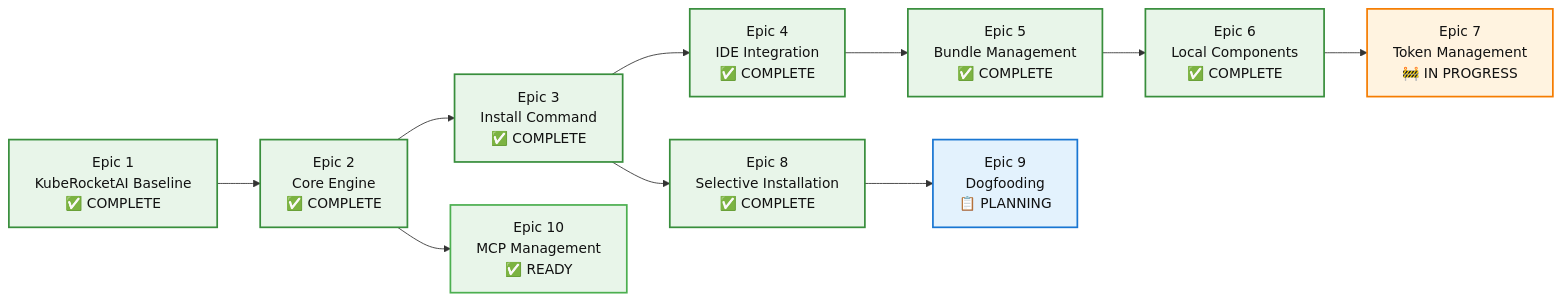
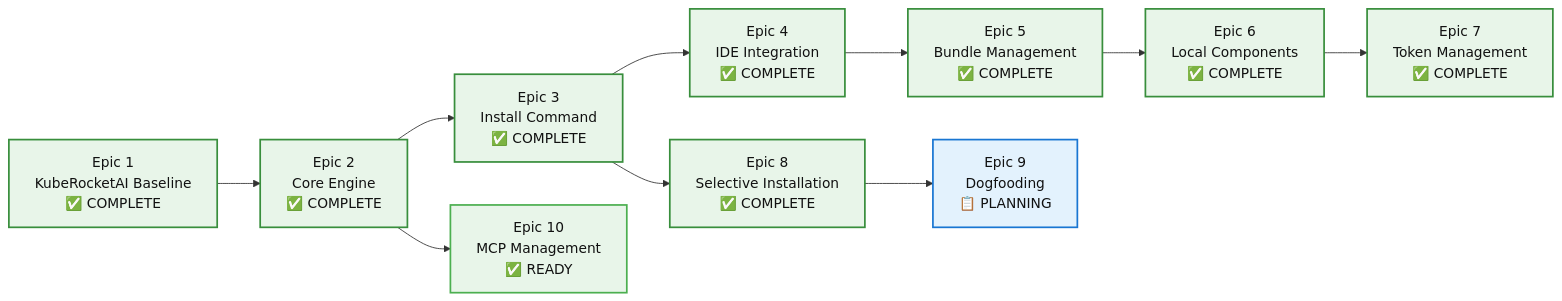
Before and after one commit to KubeRocketCI/kuberocketai: the diagram in docs/epics/README.md, drawn with Mermaid. The commit also changed other lines of this file and 1 other file, not shown here.

Commit message:
docs: Update status of Epic 7 to complete

````diff
--- a/docs/epics/README.md
+++ b/docs/epics/README.md
@@ -42,23 +38,23 @@
 ```mermaid
 graph LR
     E1[Epic 1<br/>KubeRocketAI Baseline<br/>✅ COMPLETE] --> E2[Epic 2<br/>Core Engine<br/>✅ COMPLETE]
     E2 --> E3[Epic 3<br/>Install Command<br/>✅ COMPLETE]
     E3 --> E4[Epic 4<br/>IDE Integration<br/>✅ COMPLETE]
     E4 --> E5[Epic 5<br/>Bundle Management<br/>✅ COMPLETE]
     E5 --> E6[Epic 6<br/>Local Components<br/>✅ COMPLETE]
-    E6 --> E7[Epic 7<br/>Token Management<br/>🚧 IN PROGRESS]
+    E6 --> E7[Epic 7<br/>Token Management<br/>✅ COMPLETE]
     E3 --> E8[Epic 8<br/>Selective Installation<br/>✅ COMPLETE]
     E8 --> E9[Epic 9<br/>Dogfooding<br/>📋 PLANNING]
     E2 --> E10[Epic 10<br/>MCP Management<br/>✅ READY]
 
     style E1 fill:#e8f5e9,stroke:#388e3c,stroke-width:2px,color:#111
     style E2 fill:#e8f5e9,stroke:#388e3c,stroke-width:2px,color:#111
     style E3 fill:#e8f5e9,stroke:#388e3c,stroke-width:2px,color:#111
     style E4 fill:#e8f5e9,stroke:#388e3c,stroke-width:2px,color:#111
     style E5 fill:#e8f5e9,stroke:#388e3c,stroke-width:2px,color:#111
     style E6 fill:#e8f5e9,stroke:#388e3c,stroke-width:2px,color:#111
-    style E7 fill:#fff3e0,stroke:#f57c00,stroke-width:2px,color:#111
+    style E7 fill:#e8f5e9,stroke:#388e3c,stroke-width:2px,color:#111
     style E8 fill:#e8f5e9,stroke:#388e3c,stroke-width:2px,color:#111
     style E9 fill:#e3f2fd,stroke:#1976d2,stroke-width:2px,color:#111
     style E10 fill:#e8f5e9,stroke:#4caf50,stroke-width:2px,color:#111
 ```
````
